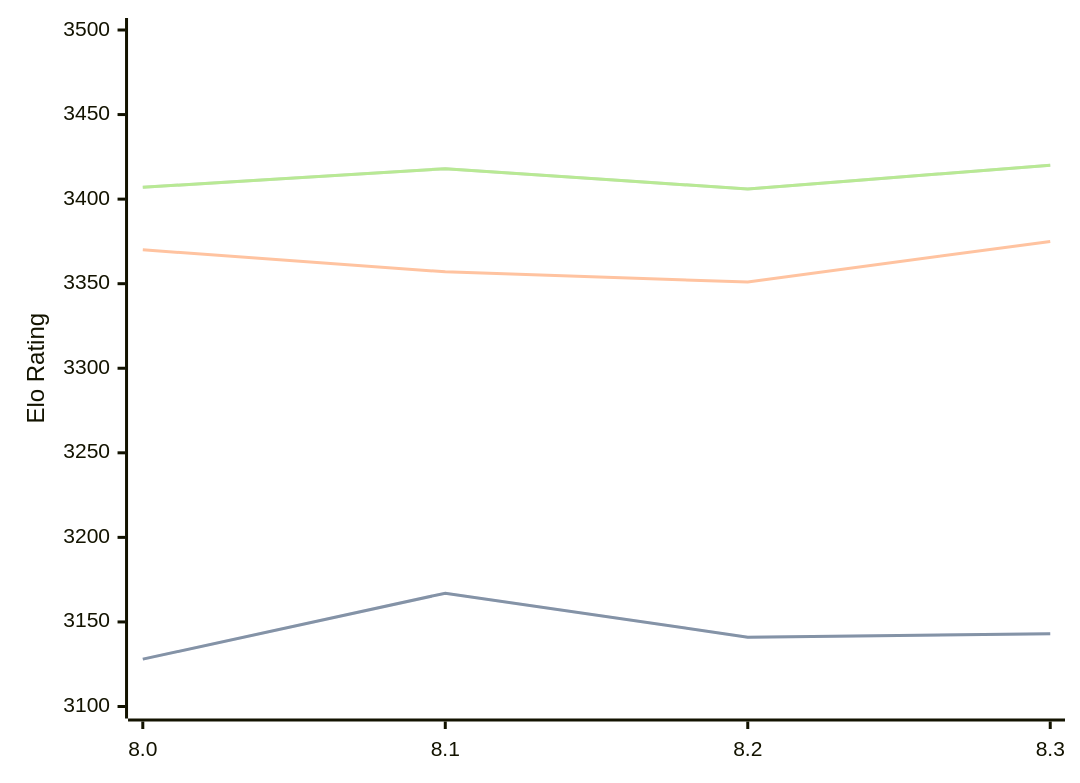
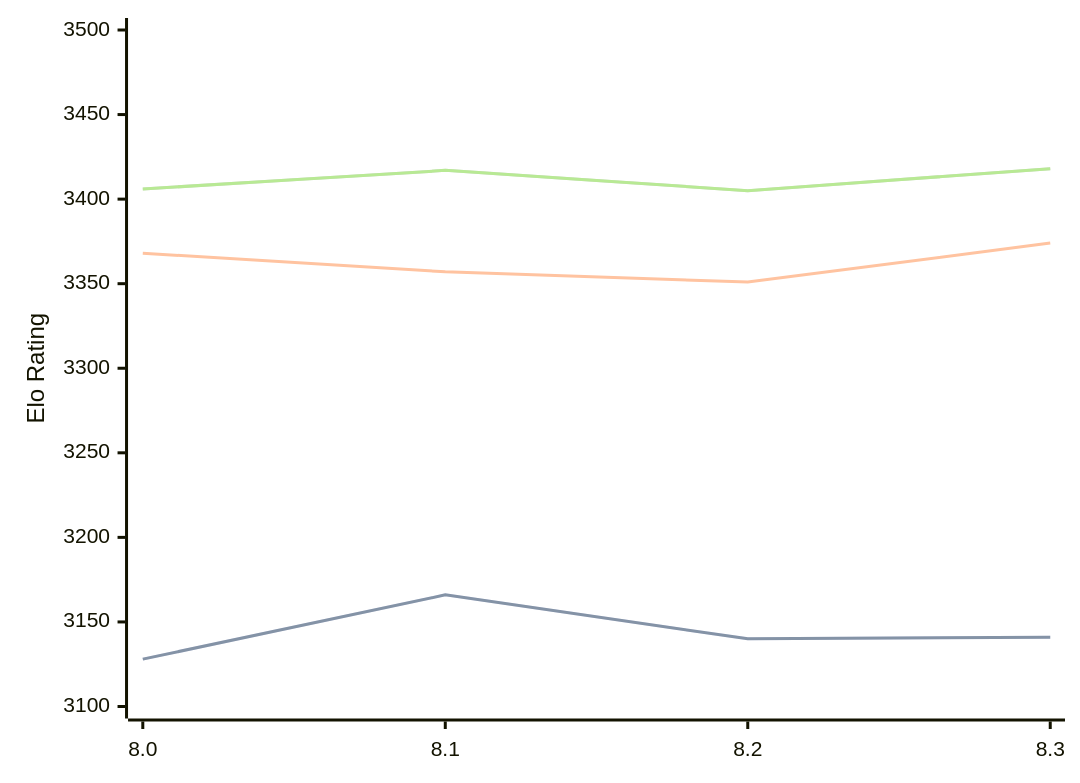
Before and after one commit to computer-chess-index/cci: the diagram in engines/Alexander.md, drawn with Mermaid. The commit also changed other lines of this file, not shown here.

Commit message:
Update CCI Ratings (ELO VLTC) - 2026-08-03

````diff
--- a/engines/Alexander.md
+++ b/engines/Alexander.md
@@ -48,11 +48,11 @@
 ```mermaid
 %%{init: {"theme":"base","themeVariables":{"seriesColors:['#a3a3a3','#222221','#faa371']}}}%%
 xychart-beta
   x-axis ["8.0", "8.1", "8.2", "8.3"]
   y-axis "Elo Rating" 3100 --> 3500
-  line "STC (8.0+0.08s)" [3128, 3167, 3141, 3143]
-  line "STC (8.0+0.08s)" [3128, 3167, 3141, 3143]
-  line "LTC (60.0+0.60s)" [3370, 3357, 3351, 3375]
-  line "VLTC (2m24s+1.12s)" [3407, 3418, 3406, 3420]
-  line "VLTC (2m24s+1.12s)" [3407, 3418, 3406, 3420]
+  line "STC (8.0+0.08s)" [3128, 3166, 3140, 3141]
+  line "STC (8.0+0.08s)" [3128, 3166, 3140, 3141]
+  line "LTC (60.0+0.60s)" [3368, 3357, 3351, 3374]
+  line "VLTC (2m24s+1.12s)" [3406, 3417, 3405, 3418]
+  line "VLTC (2m24s+1.12s)" [3406, 3417, 3405, 3418]
 ```
````
